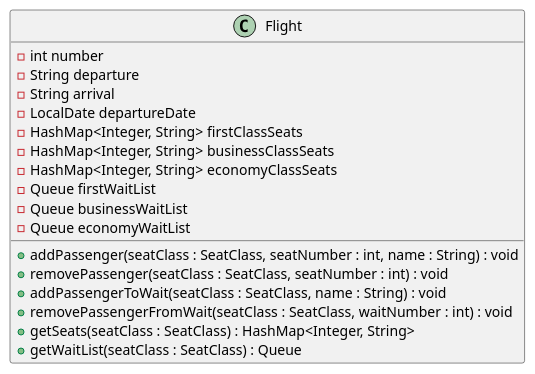
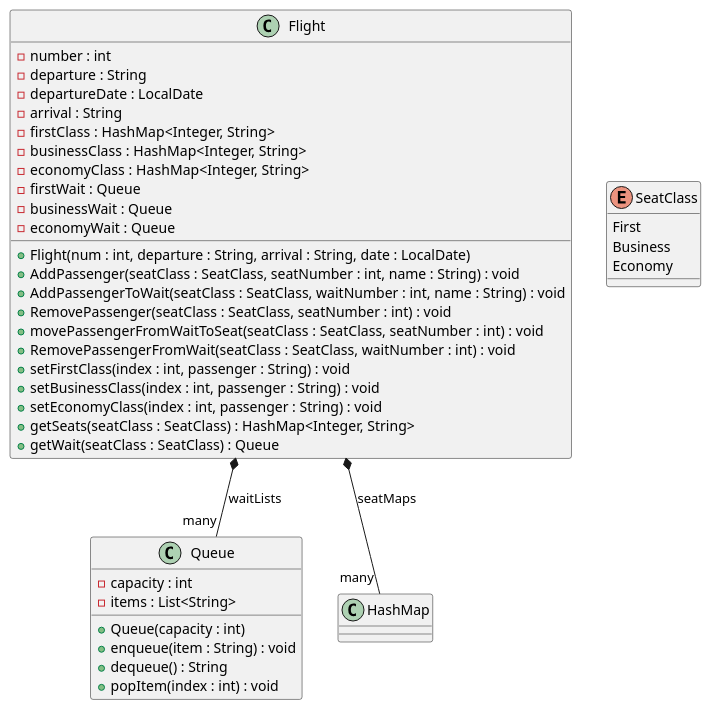
Before and after one commit to brandon-toews/JavaProject: the diagram in diagrams/FlightClass.puml, drawn with PlantUML. The commit also changed other lines of this file and 15 other files, not shown here.

Commit message:
finished diagrams

```diff
--- a/diagrams/FlightClass.puml
+++ b/diagrams/FlightClass.puml
@@ -1,21 +1,43 @@
 @startuml
 class Flight {
-    - int number
-    - String departure
-    - String arrival
-    - LocalDate departureDate
-    - HashMap<Integer, String> firstClassSeats
-    - HashMap<Integer, String> businessClassSeats
-    - HashMap<Integer, String> economyClassSeats
-    - Queue firstWaitList
-    - Queue businessWaitList
-    - Queue economyWaitList
+  - number : int
+  - departure : String
+  - departureDate : LocalDate
+  - arrival : String
+  - firstClass : HashMap<Integer, String>
+  - businessClass : HashMap<Integer, String>
+  - economyClass : HashMap<Integer, String>
+  - firstWait : Queue
+  - businessWait : Queue
+  - economyWait : Queue
+  + Flight(num : int, departure : String, arrival : String, date : LocalDate)
+  + AddPassenger(seatClass : SeatClass, seatNumber : int, name : String) : void
+  + AddPassengerToWait(seatClass : SeatClass, waitNumber : int, name : String) : void
+  + RemovePassenger(seatClass : SeatClass, seatNumber : int) : void
+  + movePassengerFromWaitToSeat(seatClass : SeatClass, seatNumber : int) : void
+  + RemovePassengerFromWait(seatClass : SeatClass, waitNumber : int) : void
+  + setFirstClass(index : int, passenger : String) : void
+  + setBusinessClass(index : int, passenger : String) : void
+  + setEconomyClass(index : int, passenger : String) : void
+  + getSeats(seatClass : SeatClass) : HashMap<Integer, String>
+  + getWait(seatClass : SeatClass) : Queue
+}
 
-    + addPassenger(seatClass : SeatClass, seatNumber : int, name : String) : void
-    + removePassenger(seatClass : SeatClass, seatNumber : int) : void
-    + addPassengerToWait(seatClass : SeatClass, name : String) : void
-    + removePassengerFromWait(seatClass : SeatClass, waitNumber : int) : void
-    + getSeats(seatClass : SeatClass) : HashMap<Integer, String>
-    + getWaitList(seatClass : SeatClass) : Queue
+enum SeatClass {
+  First
+  Business
+  Economy
 }
+
+class Queue {
+  - capacity : int
+  - items : List<String>
+  + Queue(capacity : int)
+  + enqueue(item : String) : void
+  + dequeue() : String
+  + popItem(index : int) : void
+}
+
+Flight *-- "many" Queue : waitLists
+Flight *-- "many" HashMap : seatMaps
 @enduml
```
